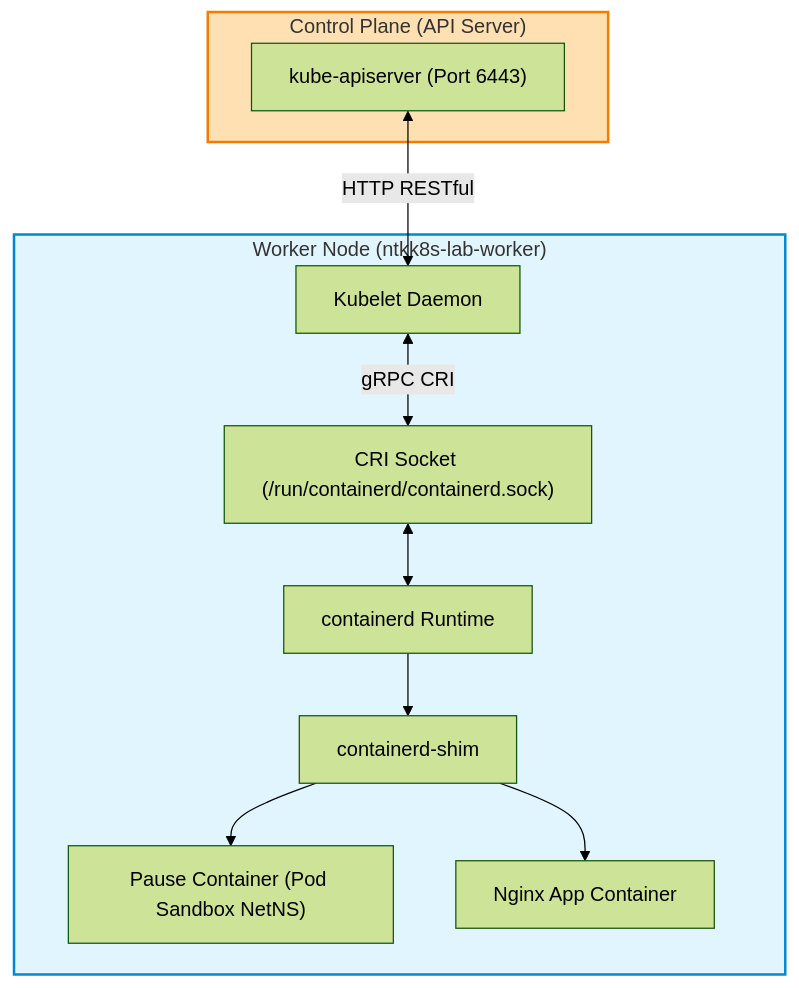
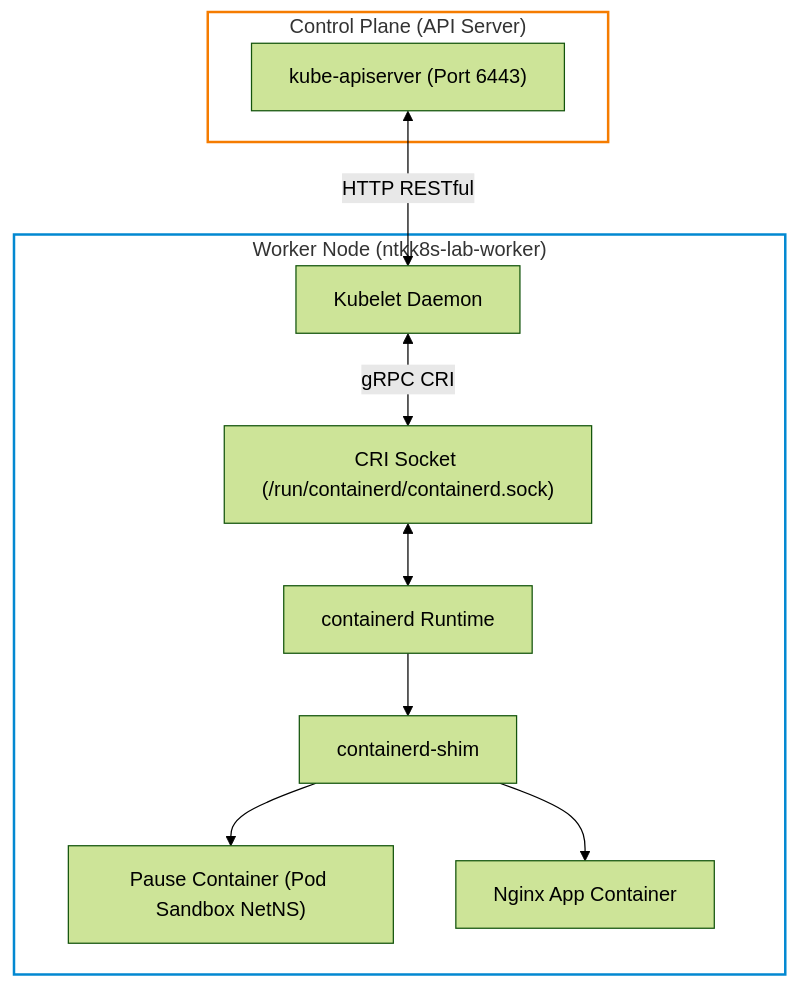
One commit to kiennt308/ntk changed the third of 3 diagrams in _posts/2026-09-12-cka-05-05-container-runtime-va-crictl.md. Above: the diagram before and after it, drawn with Mermaid (forest theme). The commit also changed other lines of this file and 207 other files, not shown here.

Commit message:
feat(posts): batch standardize all 208 posts with TL;DR, qa-card accordion, fill:none mermaid, and liquid raw wrappers

````diff
--- a/_posts/2026-09-12-cka-05-05-container-runtime-va-crictl.md
+++ b/_posts/2026-09-12-cka-05-05-container-runtime-va-crictl.md
@@ -492,25 +496,25 @@
 ```mermaid
 graph TD
     subgraph Control_Plane ["Control Plane (API Server)"]
         API["kube-apiserver (Port 6443)"]
     end
 
     subgraph Worker_Node ["Worker Node (ntkk8s-lab-worker)"]
         KLET["Kubelet Daemon"]
         SOCKET["CRI Socket (/run/containerd/containerd.sock)"]
         CTRD["containerd Runtime"]
         SHIM["containerd-shim"]
         PAUSE["Pause Container (Pod Sandbox NetNS)"]
         APP["Nginx App Container"]
     end
 
     API <-->|HTTP RESTful| KLET
     KLET <-->|gRPC CRI| SOCKET
     SOCKET <--> CTRD
     CTRD --> SHIM
     SHIM --> PAUSE
     SHIM --> APP
 
-    style Control_Plane fill:#ffe0b2,stroke:#f57c00,stroke-width:2px
-    style Worker_Node fill:#e1f5fe,stroke:#0288d1,stroke-width:2px
+    style Control_Plane fill:none,stroke:#f57c00,stroke-width:2px
+    style Worker_Node fill:none,stroke:#0288d1,stroke-width:2px
 ```
````
